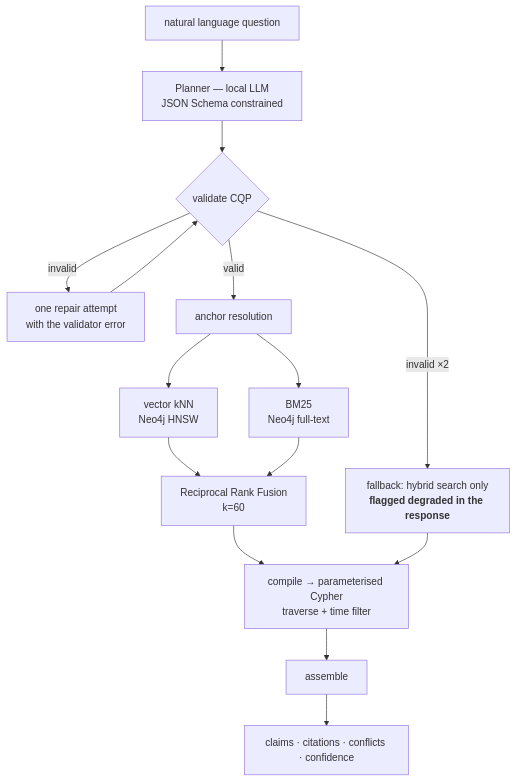
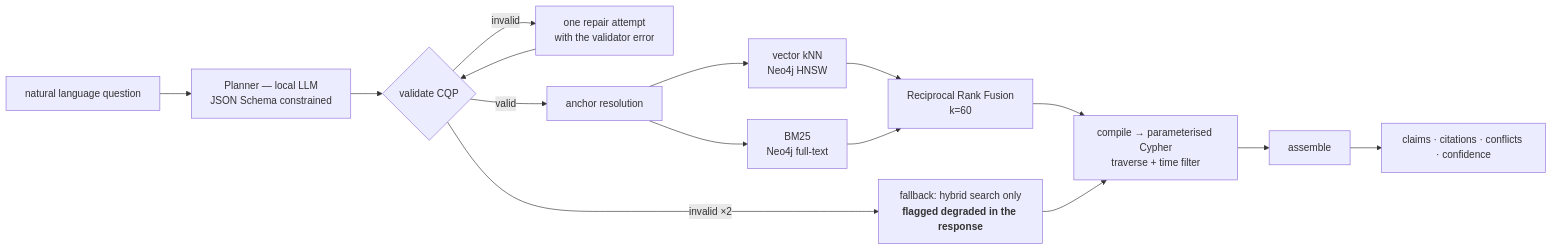
Before and after one commit to Olek-on4/winning-context-app: the diagram in docs/06-retrieval.md, drawn with Mermaid. The commit also changed 6 other files, not shown here.

````diff
--- a/docs/06-retrieval.md
+++ b/docs/06-retrieval.md
@@ -87,17 +87,17 @@
 ```mermaid
-flowchart TB
+flowchart LR
     Q["natural language question"] --> PL["Planner — local LLM<br/>JSON Schema constrained"]
     PL --> V{"validate CQP"}
     V -->|invalid| RP["one repair attempt<br/>with the validator error"]
     RP --> V
     V -->|invalid ×2| FB["fallback: hybrid search only<br/><b>flagged degraded in the response</b>"]
     V -->|valid| AN["anchor resolution"]
 
     AN --> H1["vector kNN<br/>Neo4j HNSW"]
     AN --> H2["BM25<br/>Neo4j full-text"]
     H1 & H2 --> RRF["Reciprocal Rank Fusion<br/>k=60"]
     RRF --> TR["compile → parameterised Cypher<br/>traverse + time filter"]
     FB --> TR
     TR --> AS["assemble"]
     AS --> OUT["claims · citations · conflicts · confidence"]
 ```
````
